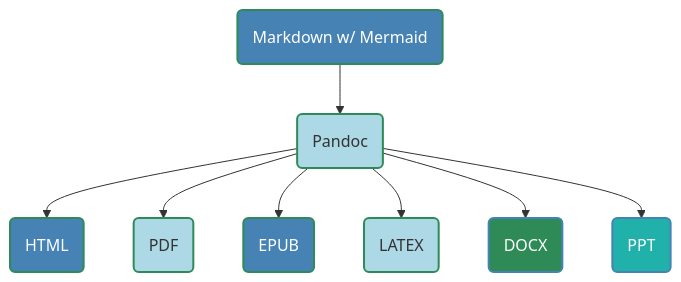
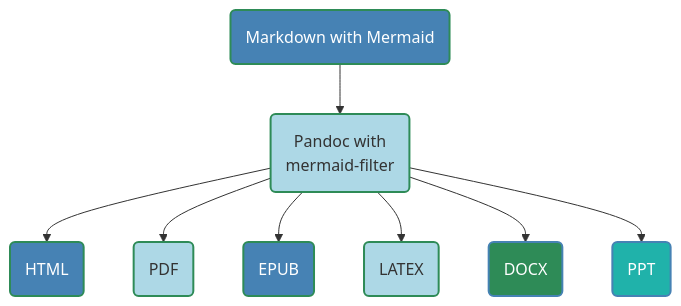
One commit to buckeye43210/markdown-to-snowkb changed the fifth of 8 diagrams in README.md. Above: the diagram before and after it, drawn with Mermaid.

Commit message:
revising document

````diff
--- a/README.md
+++ b/README.md
@@ -197,20 +197,20 @@
 ```mermaid
 graph TD
-    A(Markdown w/ Mermaid)
-    A --> B(Pandoc)
+    A(Markdown with Mermaid)
+    A --> B(Pandoc with<br>mermaid-filter)
     B --> C(HTML)
     B --> D(PDF)
     B --> E(EPUB)
     B --> F(LATEX)
     B --> G(DOCX)
     B --> H(PPT)
     
     style A fill:#4682B4,stroke:#2E8B57,stroke-width:2px,color:#FFFFFF
     style B fill:#ADD8E6,stroke:#2E8B57,stroke-width:2px
     style C fill:#4682B4,stroke:#2E8B57,stroke-width:2px,color:#FFFFFF
     style D fill:#ADD8E6,stroke:#2E8B57,stroke-width:2px
     style E fill:#4682B4,stroke:#2E8B57,stroke-width:2px,color:#FFFFFF
     style F fill:#ADD8E6,stroke:#2E8B57,stroke-width:2px
     style G fill:#2E8B57,stroke:#4682B4,stroke-width:2px,color:#FFFFFF
     style H fill:#20B2AA,stroke:#4682B4,stroke-width:2px,color:#FFFFFF    
 ```
````
